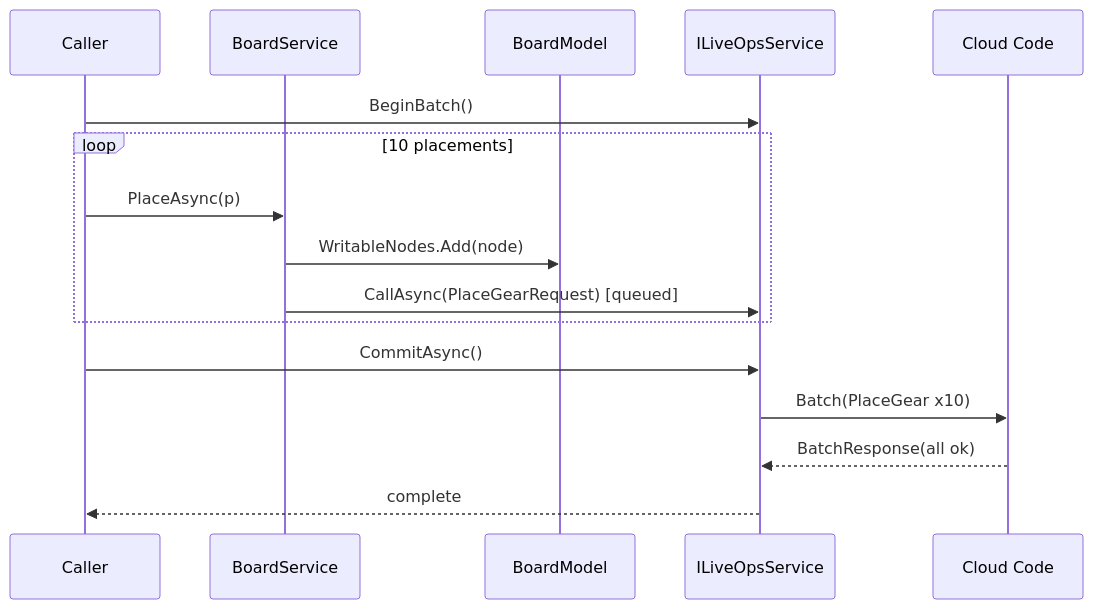
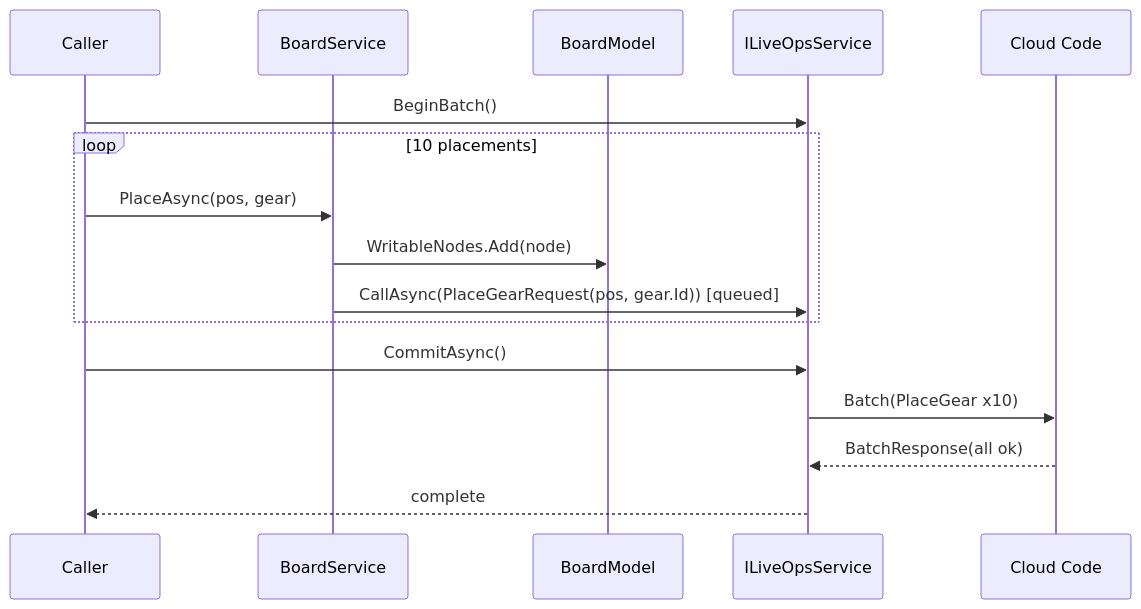
The fifth of 8 diagrams in Docs/Standards/State-and-Services-Standard.md (DuckDuckWeasel/Gear-Engine), drawn with Mermaid before and after one commit. The commit also changed other lines of this file, not shown here.

````diff
--- a/Docs/Standards/State-and-Services-Standard.md
+++ b/Docs/Standards/State-and-Services-Standard.md
@@ -459,19 +521,19 @@
 ```mermaid
 sequenceDiagram
     participant C as Caller
     participant SVC as BoardService
     participant M as BoardModel
     participant L as ILiveOpsService
     participant S as Cloud Code
 
     C->>L: BeginBatch()
     loop 10 placements
-        C->>SVC: PlaceAsync(p)
+        C->>SVC: PlaceAsync(pos, gear)
         SVC->>M: WritableNodes.Add(node)
-        SVC->>L: CallAsync(PlaceGearRequest)  [queued]
+        SVC->>L: CallAsync(PlaceGearRequest(pos, gear.Id))  [queued]
     end
     C->>L: CommitAsync()
     L->>S: Batch(PlaceGear x10)
     S-->>L: BatchResponse(all ok)
     L-->>C: complete
 ```
````
